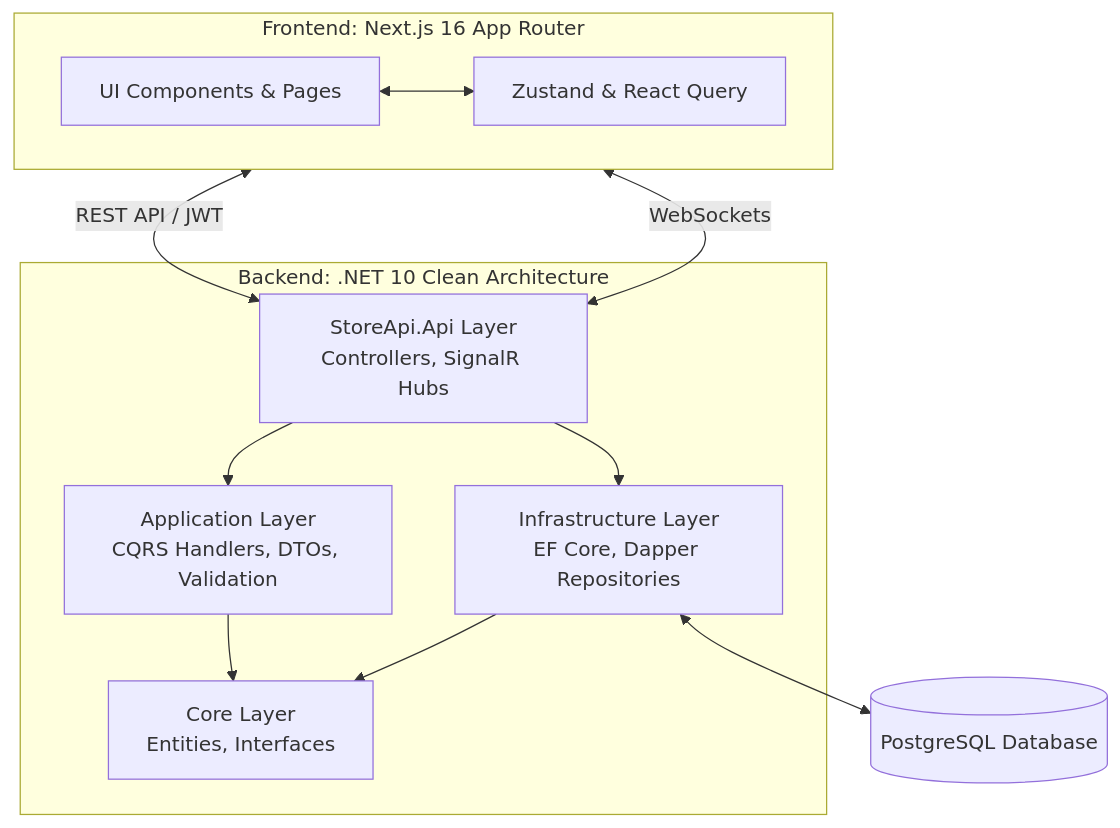
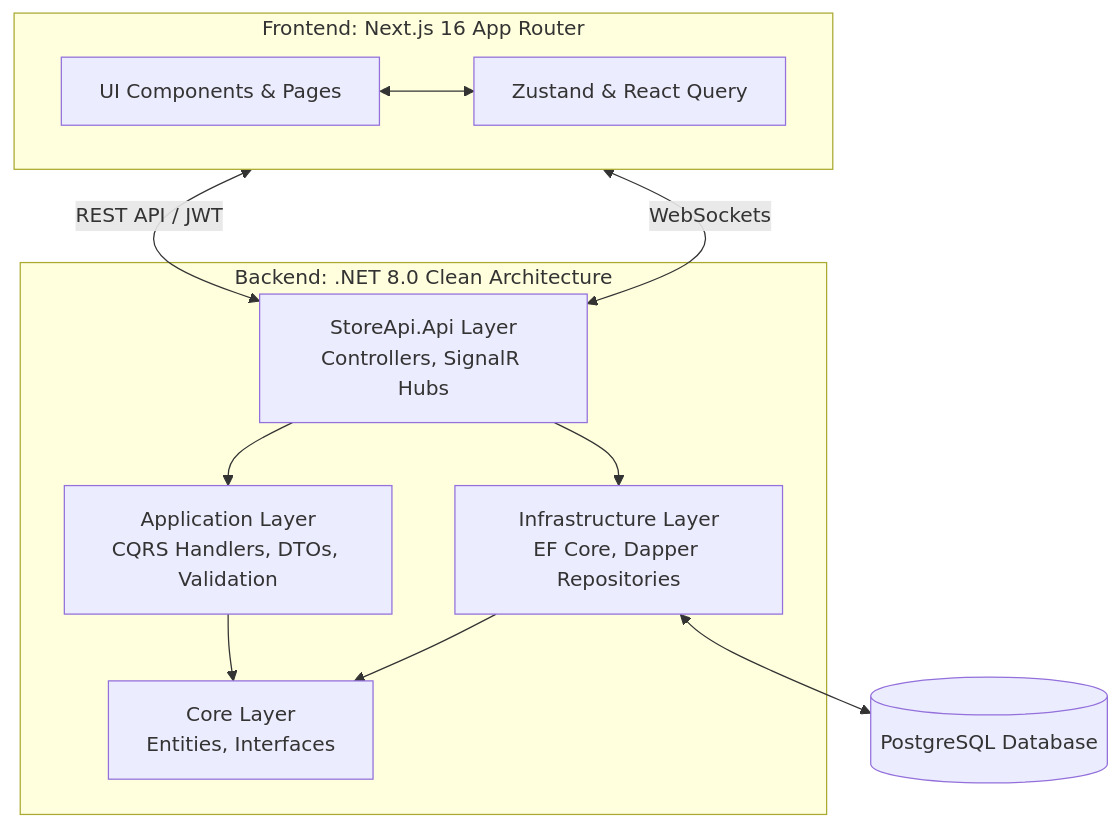
One commit to b2i0l0a3l/Store changed the diagram in README.md. Above: the diagram before and after it, drawn with Mermaid. The commit also changed other lines of this file, not shown here.

````diff
--- a/README.md
+++ b/README.md
@@ -161,26 +161,26 @@
 ```mermaid
 graph TD
     subgraph Frontend [Frontend: Next.js 16 App Router]
         UI[UI Components & Pages]
         State[Zustand & React Query]
         UI <--> State
     end
 
-    subgraph Backend [Backend: .NET 10 Clean Architecture]
+    subgraph Backend [Backend: .NET 8.0 Clean Architecture]
         API[StoreApi.Api Layer<br/>Controllers, SignalR Hubs]
         App[Application Layer<br/>CQRS Handlers, DTOs, Validation]
         Domain[Core Layer<br/>Entities, Interfaces]
         Infra[Infrastructure Layer<br/>EF Core, Dapper Repositories]
 
         API --> App
         App --> Domain
         Infra --> Domain
         API --> Infra
     end
 
     Frontend <-->|REST API / JWT| API
     Frontend <-->|WebSockets| API
     
     DB[(PostgreSQL Database)]
     Infra <--> DB
 ```
````
